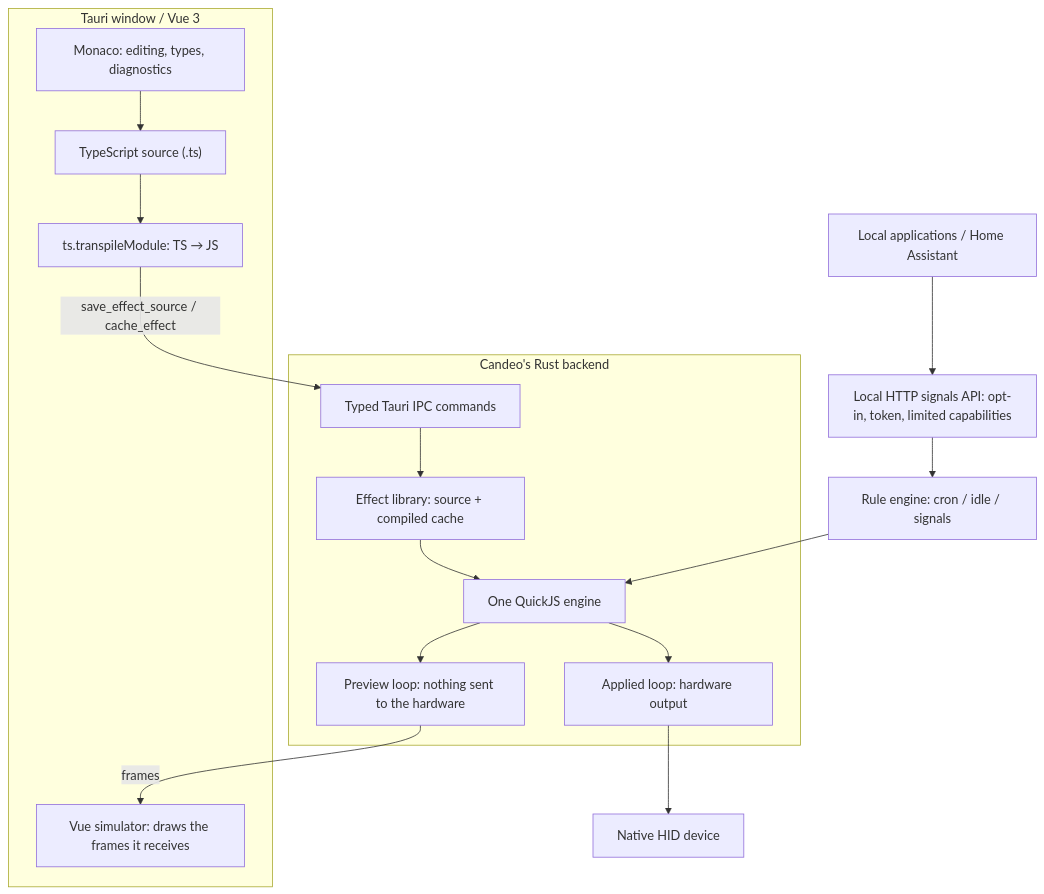
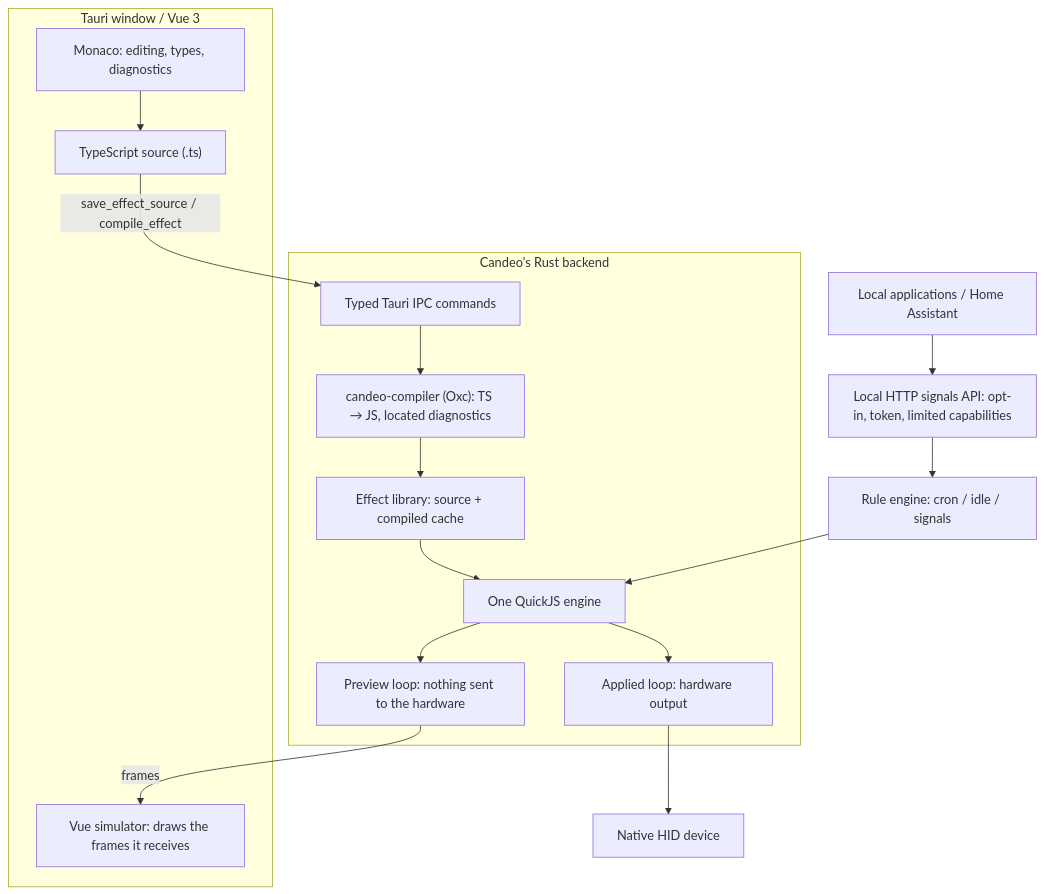
The first of 3 diagrams in docs/design/mcp-architecture.md (o2csi/candeo), drawn with Mermaid before and after one commit. The commit also changed other lines of this file and 5 other files, not shown here.

````diff
--- a/docs/design/mcp-architecture.md
+++ b/docs/design/mcp-architecture.md
@@ -16,27 +16,28 @@
 ```mermaid
 flowchart TB
     subgraph Frontend["Tauri window / Vue 3"]
         Monaco["Monaco: editing, types, diagnostics"]
         TS["TypeScript source (.ts)"]
-        Transpile["ts.transpileModule: TS → JS"]
         Sim["Vue simulator: draws the frames it receives"]
-        Monaco --> TS --> Transpile
+        Monaco --> TS
     end
     subgraph Backend["Candeo's Rust backend"]
         IPC["Typed Tauri IPC commands"]
+        Compiler["candeo-compiler (Oxc): TS → JS, located diagnostics"]
         Store["Effect library: source + compiled cache"]
         Runtime["One QuickJS engine"]
         Preview["Preview loop: nothing sent to the hardware"]
         Applied["Applied loop: hardware output"]
+        Compiler --> Store
         Store --> Runtime
         Runtime --> Preview
         Runtime --> Applied
     end
-    Transpile -->|"save_effect_source / cache_effect"| IPC
-    IPC --> Store
+    TS -->|"save_effect_source / compile_effect"| IPC
+    IPC --> Compiler
     Preview -->|"frames"| Sim
     Applied --> Native["Native HID device"]
     Ext["Local applications / Home Assistant"] --> Signal["Local HTTP signals API: opt-in, token, limited capabilities"]
     Signal --> Rules["Rule engine: cron / idle / signals"]
     Rules --> Runtime
 ```
````
